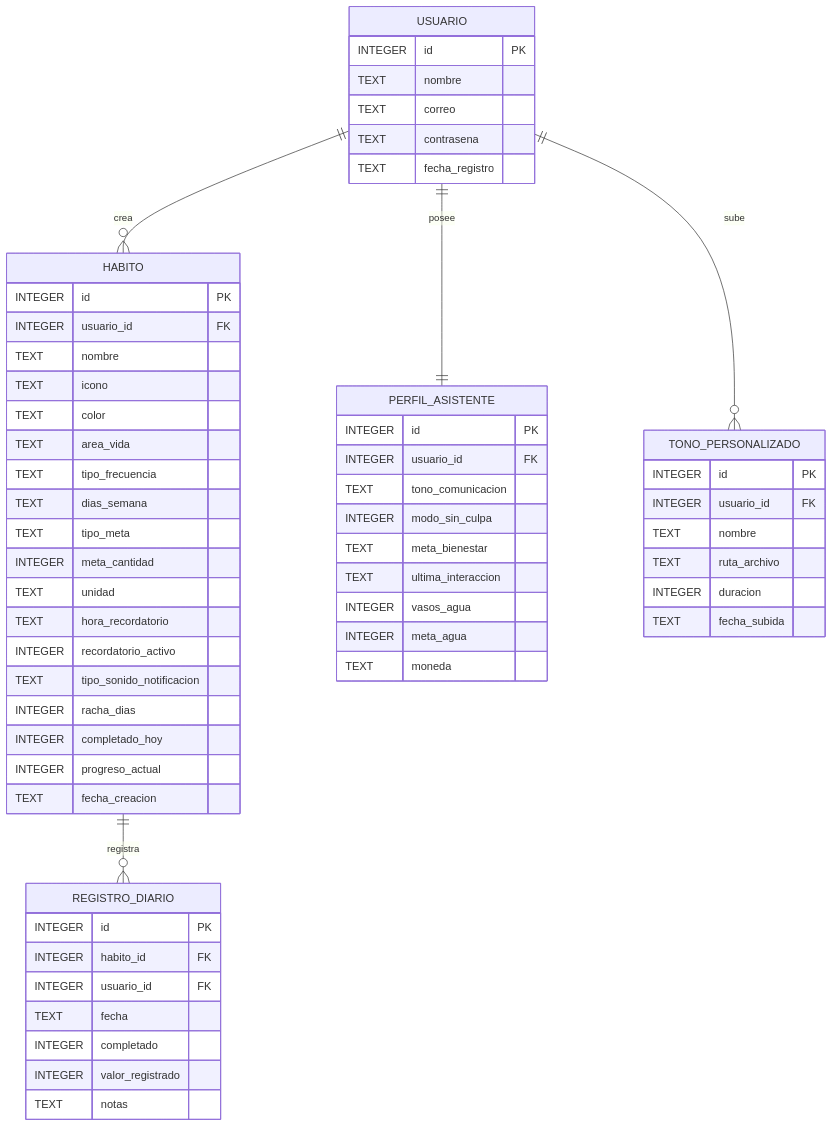
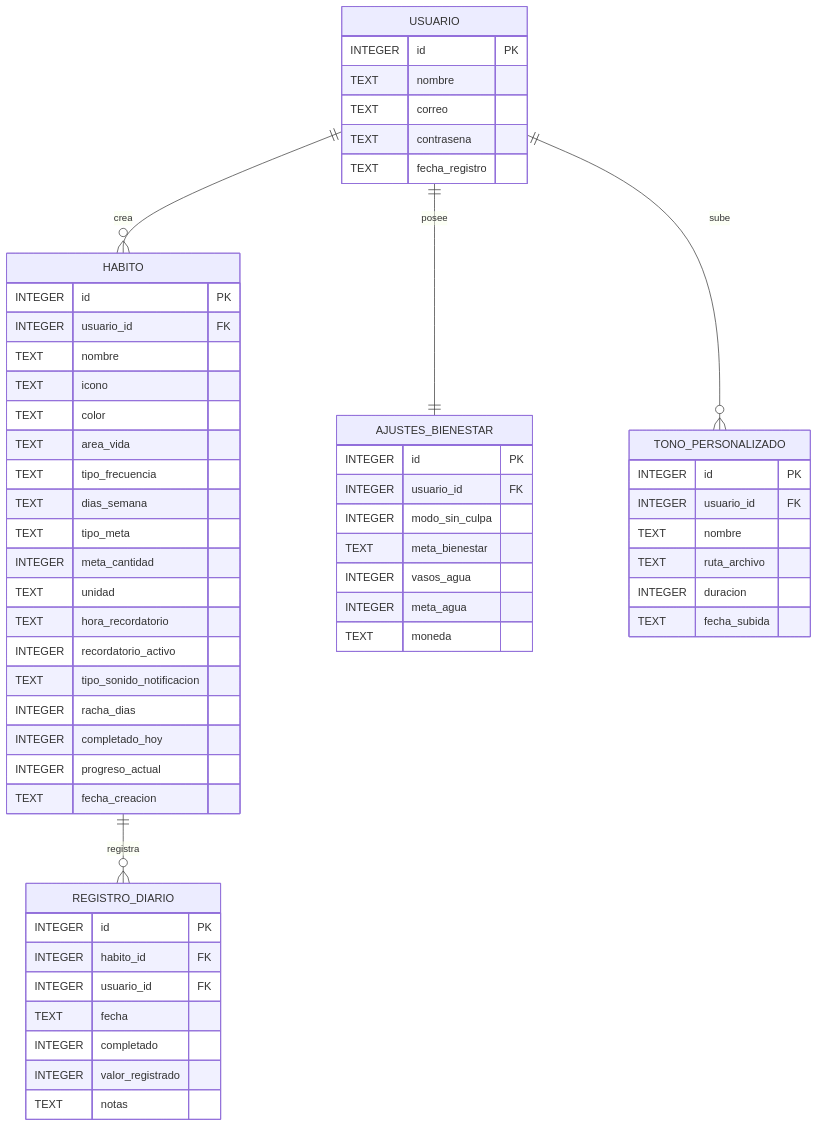
One commit to Kevin30727/Rutinas_Habitos changed the diagram in README.md. Above: the diagram before and after it, drawn with Mermaid. The commit also changed other lines of this file, not shown here.

````diff
--- a/README.md
+++ b/README.md
@@ -126,67 +99,65 @@
 ```mermaid
 erDiagram
     USUARIO ||--o{ HABITO : "crea"
-    USUARIO ||--|| PERFIL_ASISTENTE : "posee"
+    USUARIO ||--|| AJUSTES_BIENESTAR : "posee"
     USUARIO ||--o{ TONO_PERSONALIZADO : "sube"
     HABITO ||--o{ REGISTRO_DIARIO : "registra"
 
     USUARIO {
         INTEGER id PK
         TEXT nombre
         TEXT correo
         TEXT contrasena
         TEXT fecha_registro
     }
 
-    PERFIL_ASISTENTE {
+    AJUSTES_BIENESTAR {
         INTEGER id PK
         INTEGER usuario_id FK
-        TEXT tono_comunicacion
         INTEGER modo_sin_culpa
         TEXT meta_bienestar
-        TEXT ultima_interaccion
         INTEGER vasos_agua
         INTEGER meta_agua
         TEXT moneda
     }
 
     HABITO {
         INTEGER id PK
         INTEGER usuario_id FK
         TEXT nombre
         TEXT icono
         TEXT color
         TEXT area_vida
         TEXT tipo_frecuencia
         TEXT dias_semana
         TEXT tipo_meta
         INTEGER meta_cantidad
         TEXT unidad
         TEXT hora_recordatorio
         INTEGER recordatorio_activo
         TEXT tipo_sonido_notificacion
         INTEGER racha_dias
         INTEGER completado_hoy
         INTEGER progreso_actual
         TEXT fecha_creacion
     }
 
     REGISTRO_DIARIO {
         INTEGER id PK
         INTEGER habito_id FK
         INTEGER usuario_id FK
         TEXT fecha
         INTEGER completado
         INTEGER valor_registrado
         TEXT notas
     }
 
     TONO_PERSONALIZADO {
         INTEGER id PK
         INTEGER usuario_id FK
         TEXT nombre
         TEXT ruta_archivo
         INTEGER duracion
         TEXT fecha_subida
     }
 ```
````
